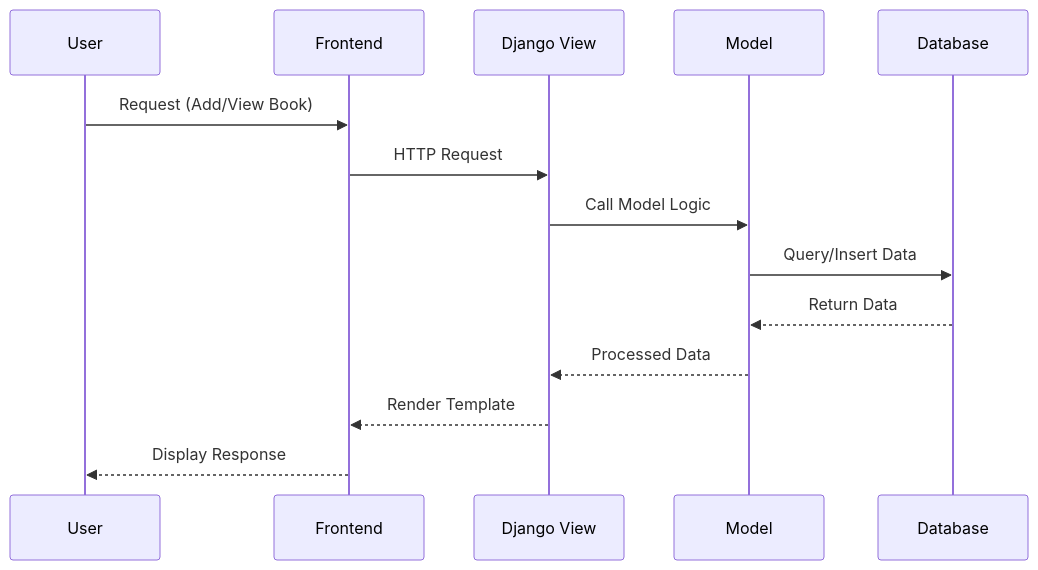
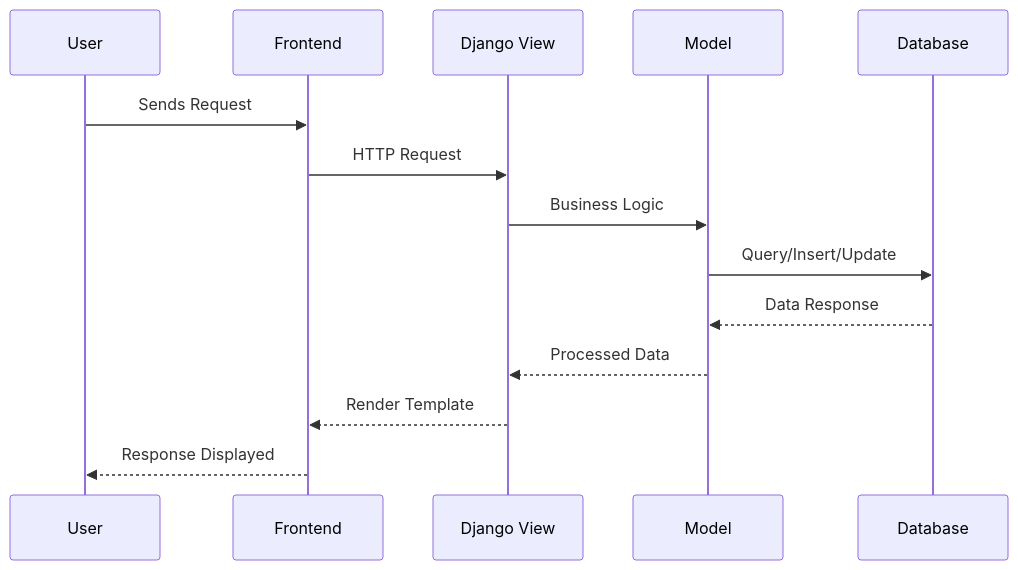
One commit to Dipeshrajjoshi/DBOOK changed the second of 6 diagrams in README.md. Above: the diagram before and after it, drawn with Mermaid. The commit also changed other lines of this file, not shown here.

````diff
--- a/README.md
+++ b/README.md
@@ -55,17 +54,17 @@
 ```mermaid
 sequenceDiagram
     participant U as User
     participant F as Frontend
     participant V as Django View
     participant M as Model
     participant DB as Database
 
-    U->>F: Request (Add/View Book)
+    U->>F: Sends Request
     F->>V: HTTP Request
-    V->>M: Call Model Logic
-    M->>DB: Query/Insert Data
-    DB-->>M: Return Data
+    V->>M: Business Logic
+    M->>DB: Query/Insert/Update
+    DB-->>M: Data Response
     M-->>V: Processed Data
     V-->>F: Render Template
-    F-->>U: Display Response
+    F-->>U: Response Displayed
 ```
````
